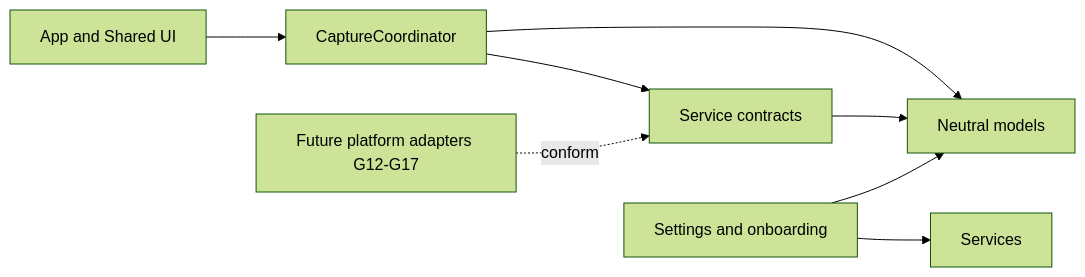
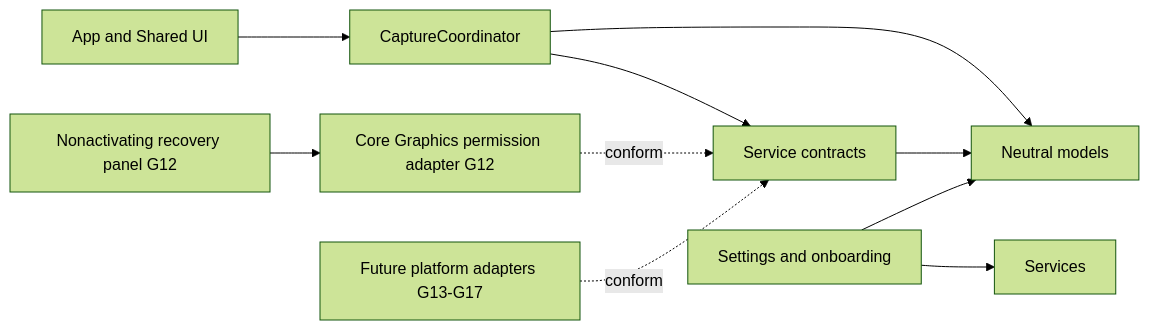
One commit to bennetthilberg/copylasso changed the first of 2 diagrams in docs/architecture/overview.md. Above: the diagram before and after it, drawn with Mermaid (forest theme). The commit also changed other lines of this file and 23 other files, not shown here.

````diff
--- a/docs/architecture/overview.md
+++ b/docs/architecture/overview.md
@@ -7,10 +7,12 @@
 ```mermaid
 flowchart LR
   App["App and Shared UI"] --> Coordinator["CaptureCoordinator"]
   Coordinator --> Contracts["Service contracts"]
   Coordinator --> Models["Neutral models"]
   Contracts --> Models
   Settings["Settings and onboarding"] --> Services
   Settings --> Models
-  Adapters["Future platform adapters G12-G17"] -. conform .-> Contracts
+  Permission["Core Graphics permission adapter G12"] -. conform .-> Contracts
+  Recovery["Nonactivating recovery panel G12"] --> Permission
+  Adapters["Future platform adapters G13-G17"] -. conform .-> Contracts
 ```
````
